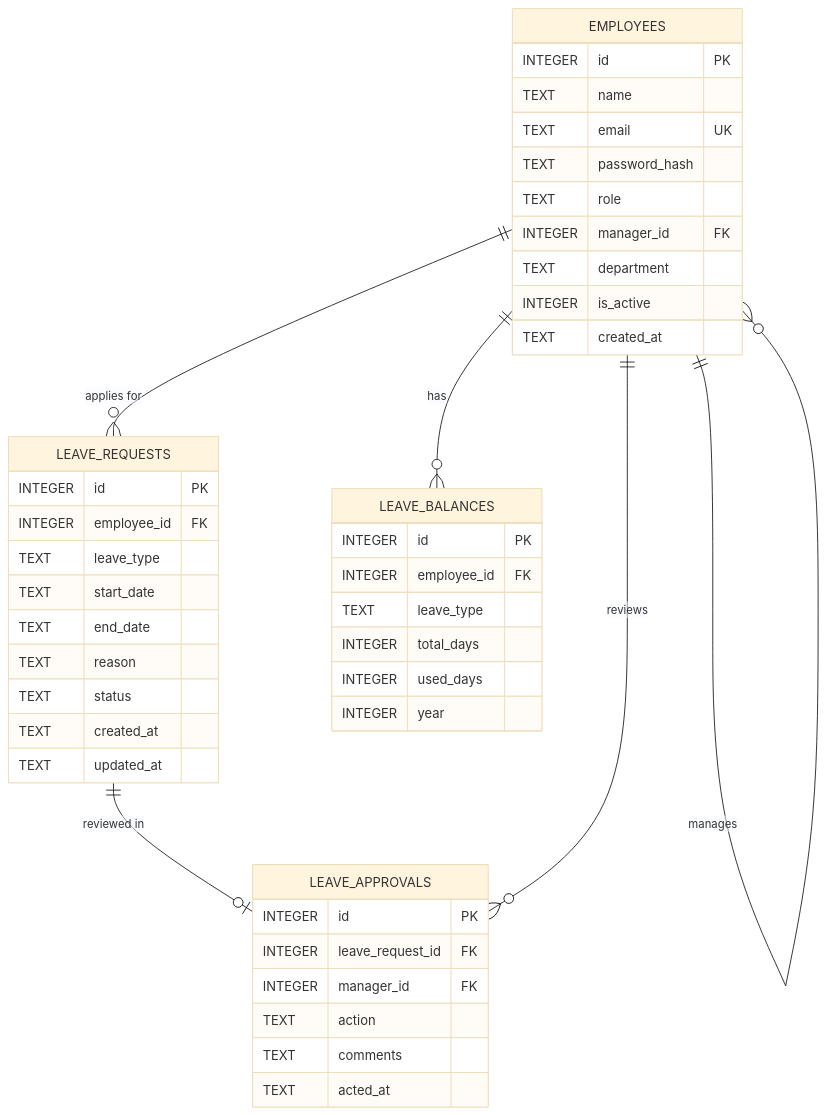
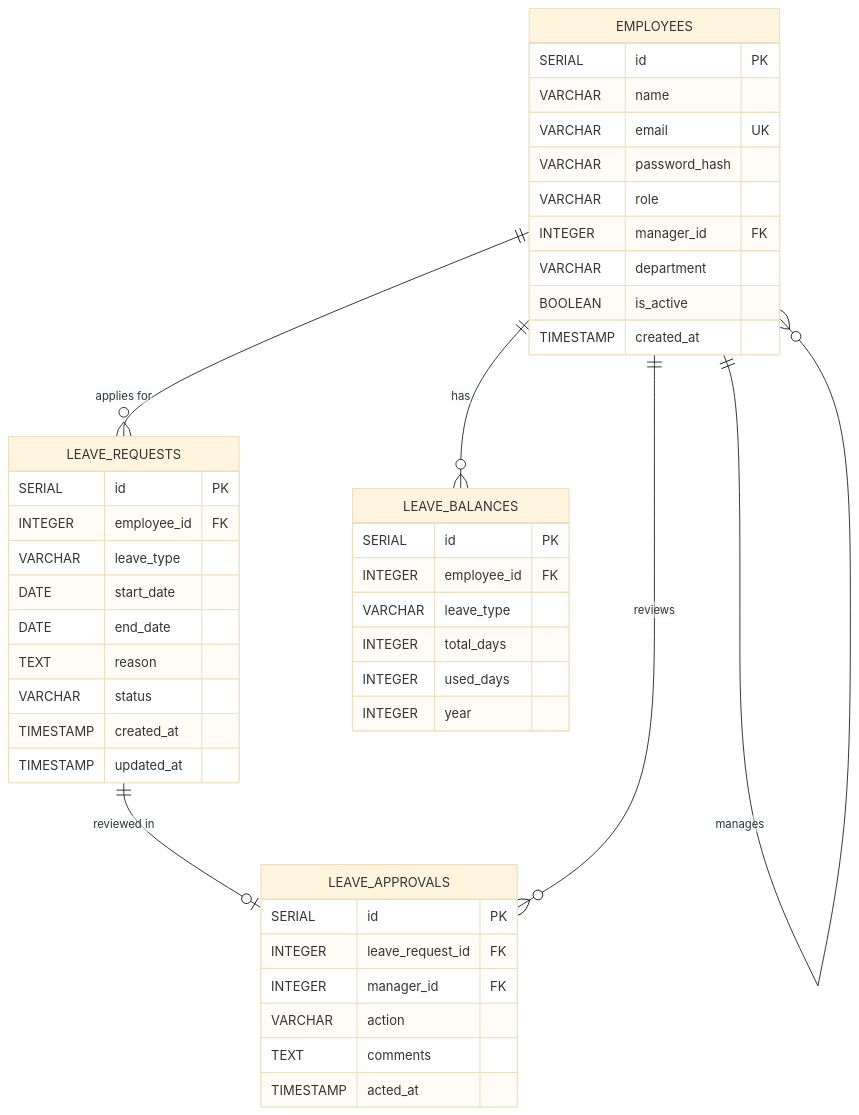
Before and after one commit to algorithnicmind/Bookflow-management: the diagram in docs/05-LLD.md, drawn with Mermaid (base theme). The commit also changed other lines of this file and 3 other files, not shown here.

````diff
--- a/docs/05-LLD.md
+++ b/docs/05-LLD.md
@@ -11,50 +11,50 @@
 ```mermaid
 erDiagram
     EMPLOYEES {
-        INTEGER id PK
-        TEXT name
-        TEXT email UK
-        TEXT password_hash
-        TEXT role
+        SERIAL id PK
+        VARCHAR name
+        VARCHAR email UK
+        VARCHAR password_hash
+        VARCHAR role
         INTEGER manager_id FK
-        TEXT department
-        INTEGER is_active
-        TEXT created_at
+        VARCHAR department
+        BOOLEAN is_active
+        TIMESTAMP created_at
     }
     
     LEAVE_REQUESTS {
-        INTEGER id PK
+        SERIAL id PK
         INTEGER employee_id FK
-        TEXT leave_type
-        TEXT start_date
-        TEXT end_date
+        VARCHAR leave_type
+        DATE start_date
+        DATE end_date
         TEXT reason
-        TEXT status
-        TEXT created_at
-        TEXT updated_at
+        VARCHAR status
+        TIMESTAMP created_at
+        TIMESTAMP updated_at
     }
     
     LEAVE_APPROVALS {
-        INTEGER id PK
+        SERIAL id PK
         INTEGER leave_request_id FK
         INTEGER manager_id FK
-        TEXT action
+        VARCHAR action
         TEXT comments
-        TEXT acted_at
+        TIMESTAMP acted_at
     }
     
     LEAVE_BALANCES {
-        INTEGER id PK
+        SERIAL id PK
         INTEGER employee_id FK
-        TEXT leave_type
+        VARCHAR leave_type
         INTEGER total_days
         INTEGER used_days
         INTEGER year
     }
     
     EMPLOYEES ||--o{ LEAVE_REQUESTS : "applies for"
     EMPLOYEES ||--o{ LEAVE_BALANCES : "has"
     EMPLOYEES ||--o{ EMPLOYEES : "manages"
     LEAVE_REQUESTS ||--o| LEAVE_APPROVALS : "reviewed in"
     EMPLOYEES ||--o{ LEAVE_APPROVALS : "reviews"
 ```
````
